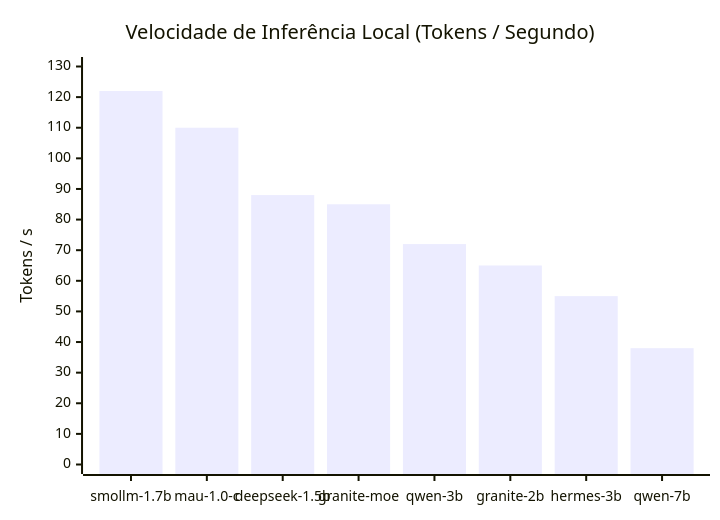
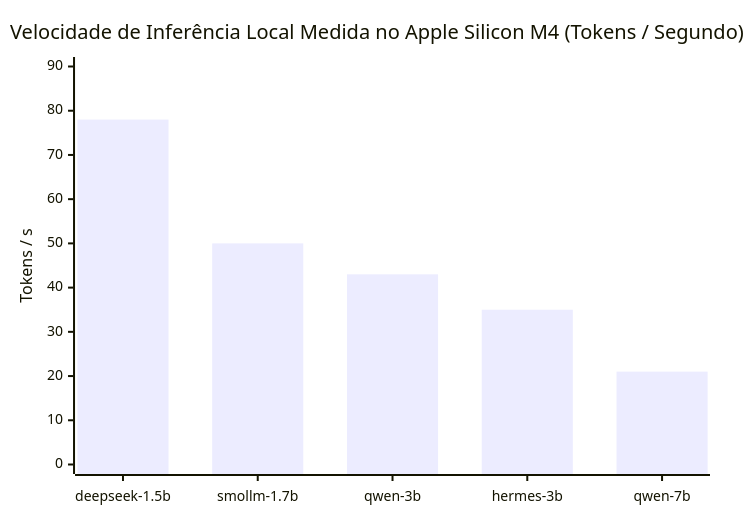
Before and after one commit to Helfstein-one/gravitational-singularity: the second of 3 diagrams in docs/models.md, drawn with Mermaid. The commit also changed other lines of this file and 18 other files, not shown here.

````diff
--- a/docs/models.md
+++ b/docs/models.md
@@ -23,7 +23,7 @@
 ```mermaid
 xychart-beta
-    title "Velocidade de Inferência Local (Tokens / Segundo)"
-    x-axis ["smollm-1.7b", "mau-1.0-c", "deepseek-1.5b", "granite-moe", "qwen-3b", "granite-2b", "hermes-3b", "qwen-7b"]
-    y-axis "Tokens / s" 0 --> 130
-    bar [122, 110, 88, 85, 72, 65, 55, 38]
+    title "Velocidade de Inferência Local Medida no Apple Silicon M4 (Tokens / Segundo)"
+    x-axis ["deepseek-1.5b", "smollm-1.7b", "qwen-3b", "hermes-3b", "qwen-7b"]
+    y-axis "Tokens / s" 0 --> 90
+    bar [78, 50, 43, 35, 21]
 ```
````
